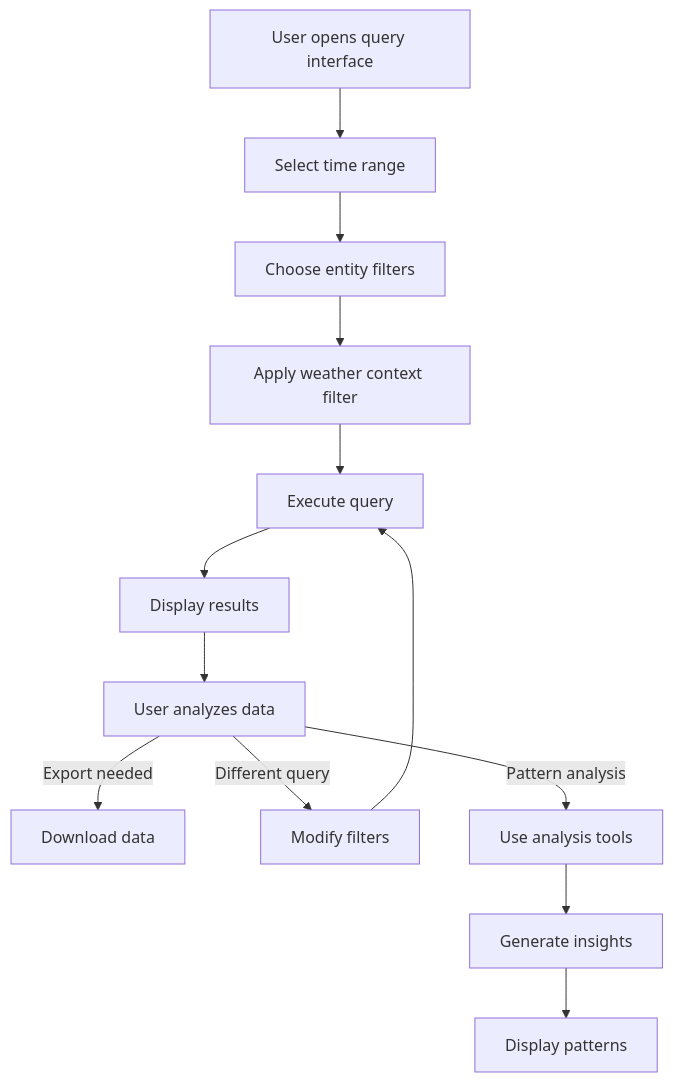
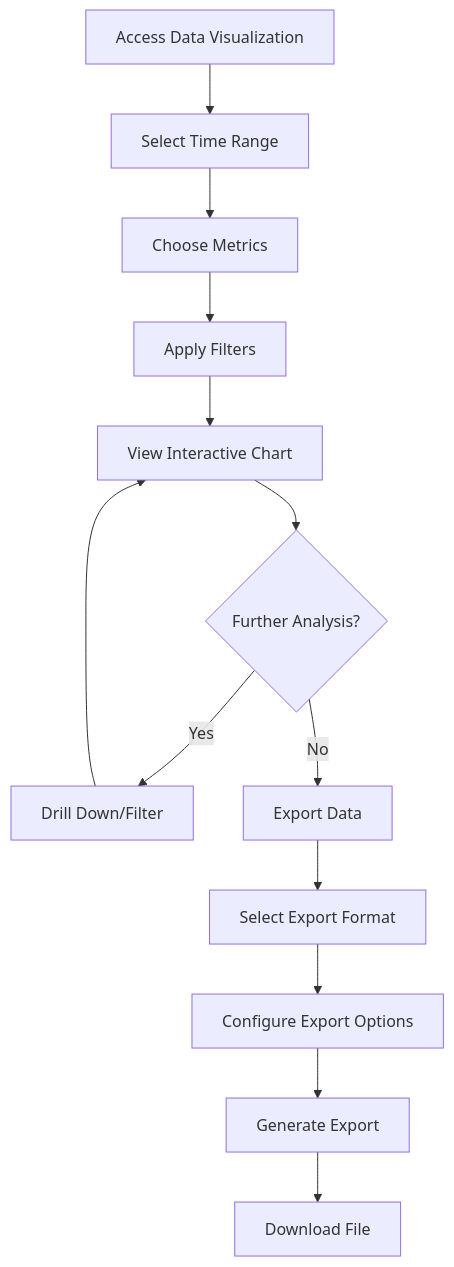
The fourth of 4 diagrams in docs/front-end-spec.md (wtthornton/ha-ingestor), drawn with Mermaid before and after one commit. The commit also changed other lines of this file and 226 other files, not shown here.

````diff
--- a/docs/front-end-spec.md
+++ b/docs/front-end-spec.md
@@ -227,16 +169,15 @@
 ```mermaid
 graph TD
-    A[User opens query interface] --> B[Select time range]
-    B --> C[Choose entity filters]
-    C --> D[Apply weather context filter]
-    D --> E[Execute query]
-    E --> F[Display results]
-    F --> G[User analyzes data]
-    
-    G -->|Export needed| H[Download data]
-    G -->|Different query| I[Modify filters]
-    I --> E
-    G -->|Pattern analysis| J[Use analysis tools]
-    J --> K[Generate insights]
-    K --> L[Display patterns]
+    A[Access Data Visualization] --> B[Select Time Range]
+    B --> C[Choose Metrics]
+    C --> D[Apply Filters]
+    D --> E[View Interactive Chart]
+    E --> F{Further Analysis?}
+    F -->|Yes| G[Drill Down/Filter]
+    F -->|No| H[Export Data]
+    G --> E
+    H --> I[Select Export Format]
+    I --> J[Configure Export Options]
+    J --> K[Generate Export]
+    K --> L[Download File]
 ```
````
